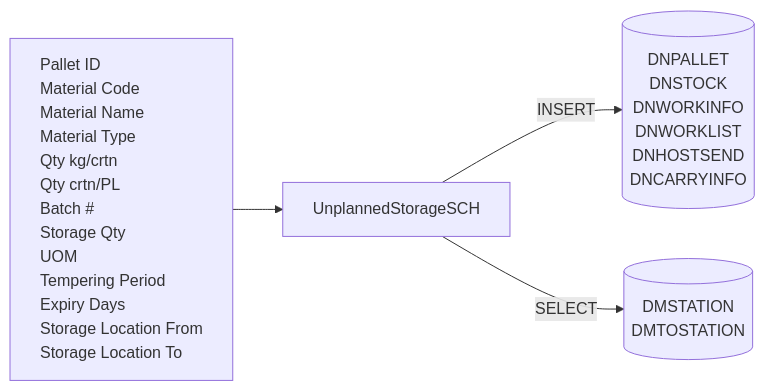
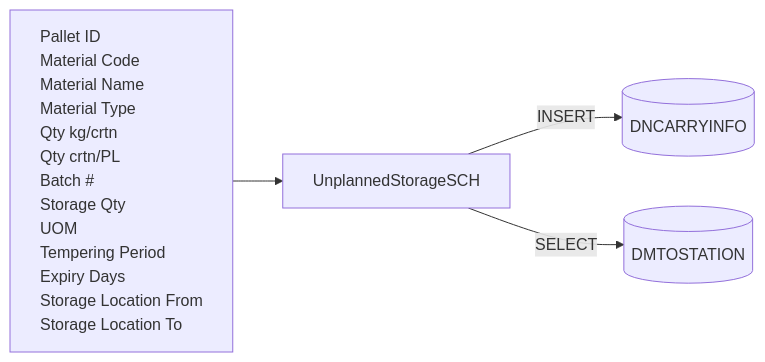
One commit to luthfiadityaa/SimeDarby-Wiki changed the first of 20 diagrams in Basic-Design/DFD-WMS/Storage/Unplanned-Storage/Unplanned-Storage-from-HP.md. Above: the diagram before and after it, drawn with Mermaid.

Commit message:
Updated Unplanned Storage from HP

```diff
--- a/Basic-Design/DFD-WMS/Storage/Unplanned-Storage/Unplanned-Storage-from-HP.md
+++ b/Basic-Design/DFD-WMS/Storage/Unplanned-Storage/Unplanned-Storage-from-HP.md
@@ -50,41 +50,35 @@
 ::: mermaid
 flowchart LR
     input[
         Pallet ID
         Material Code
         Material Name
         Material Type
         Qty kg/crtn
         Qty crtn/PL
         Batch #
         Storage Qty
         UOM
         Tempering Period
         Expiry Days
         Storage Location From
         Storage Location To        
     ]
 
     tableList-insert[("
-        DNPALLET
-        DNSTOCK
-        DNWORKINFO
-        DNWORKLIST
-        DNHOSTSEND
         DNCARRYINFO
     ")]
 
     tableList-select[("
-        DMSTATION
         DMTOSTATION
     ")]
 
 
     className[UnplannedStorageSCH]
 
     input --> className --> |INSERT| tableList-insert
     className --> |SELECT| tableList-select
 
     classDef leftAlign text-align:left;
     class input leftAlign;
 :::
```
